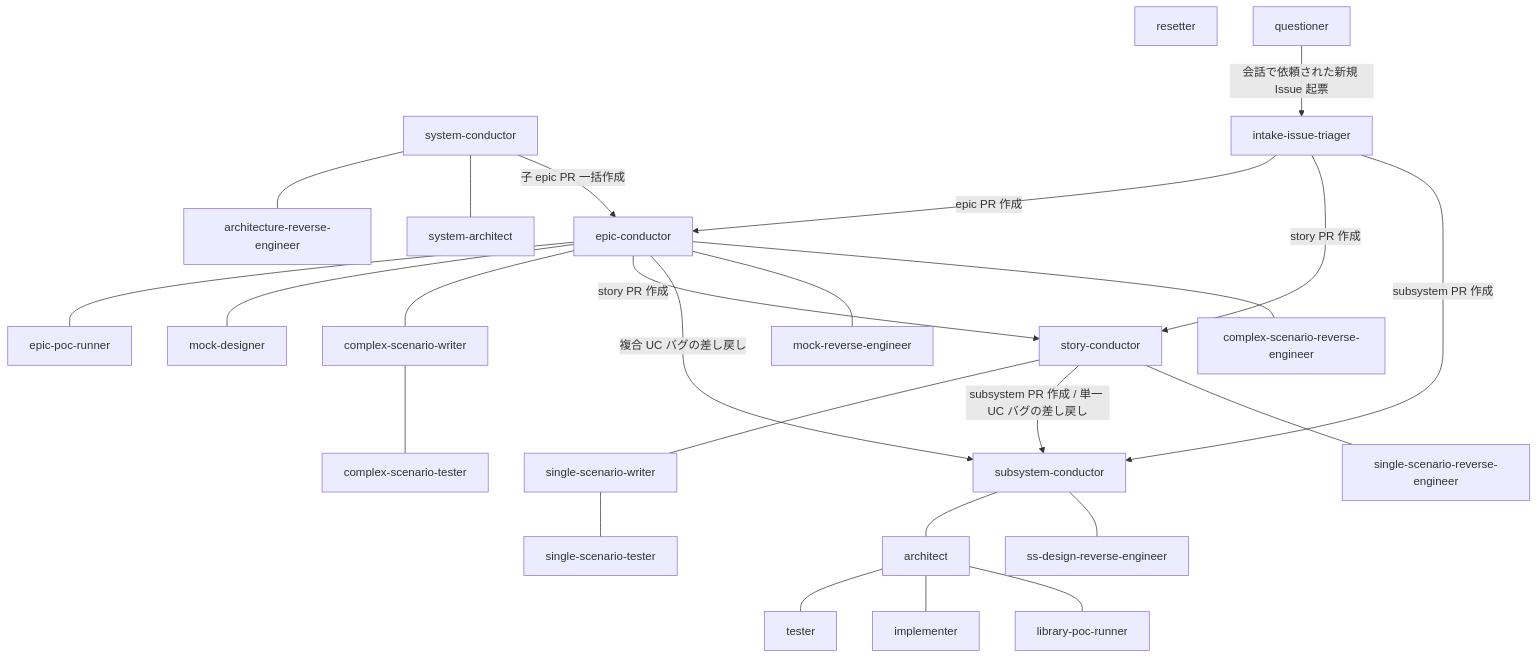
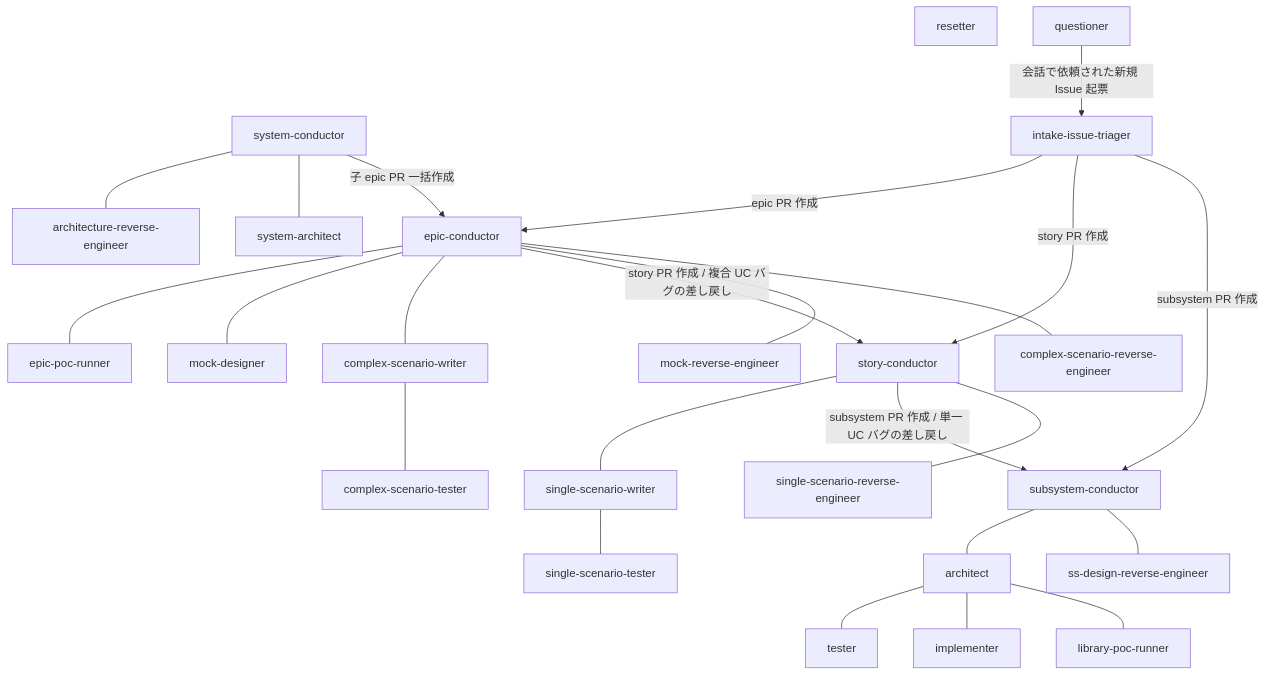
One commit to shuhei1101/ai-monitor changed the diagram in docs/wiki/プロジェクト管理/エージェント組織図.md. Above: the diagram before and after it, drawn with Mermaid. The commit also changed other lines of this file and 174 other files, not shown here.

````diff
--- a/docs/wiki/プロジェクト管理/エージェント組織図.md
+++ b/docs/wiki/プロジェクト管理/エージェント組織図.md
@@ -19,57 +19,56 @@
 ```mermaid
 flowchart TD
   SYC[system-conductor]
   SYA[system-architect]
   ARE[architecture-reverse-engineer]
   MRE[mock-reverse-engineer]
   CRE[complex-scenario-reverse-engineer]
   SRE[single-scenario-reverse-engineer]
   DRE[ss-design-reverse-engineer]
   INTAKE[intake-issue-triager]
   EC[epic-conductor]
   SC[story-conductor]
   BC[subsystem-conductor]
   EPR[epic-poc-runner]
   MD[mock-designer]
   CSW[complex-scenario-writer]
   CST[complex-scenario-tester]
   SSW[single-scenario-writer]
   SST[single-scenario-tester]
   ARC[architect]
   LPR[library-poc-runner]
   TST[tester]
   IMP[implementer]
   RST[resetter]
   QST[questioner]
 
   SYC --- ARE
   SYC --- SYA
   SYC -->|子 epic PR 一括作成| EC
 
   INTAKE -->|epic PR 作成| EC
   INTAKE -->|story PR 作成| SC
   INTAKE -->|subsystem PR 作成| BC
 
   EC --- EPR
   EC --- MD
   EC --- CSW
-  EC -->|story PR 作成| SC
-  EC -->|複合 UC バグの差し戻し| BC
+  EC -->|story PR 作成 / 複合 UC バグの差し戻し| SC
   CSW --- CST
   EC --- MRE
   EC --- CRE
 
   SC --- SSW
   SC -->|subsystem PR 作成 / 単一 UC バグの差し戻し| BC
   SSW --- SST
   SC --- SRE
 
   BC --- ARC
   ARC --- TST
   ARC --- IMP
   ARC --- LPR
   BC --- DRE
 
   RST
   QST -->|会話で依頼された新規 Issue 起票| INTAKE
 ```
````
